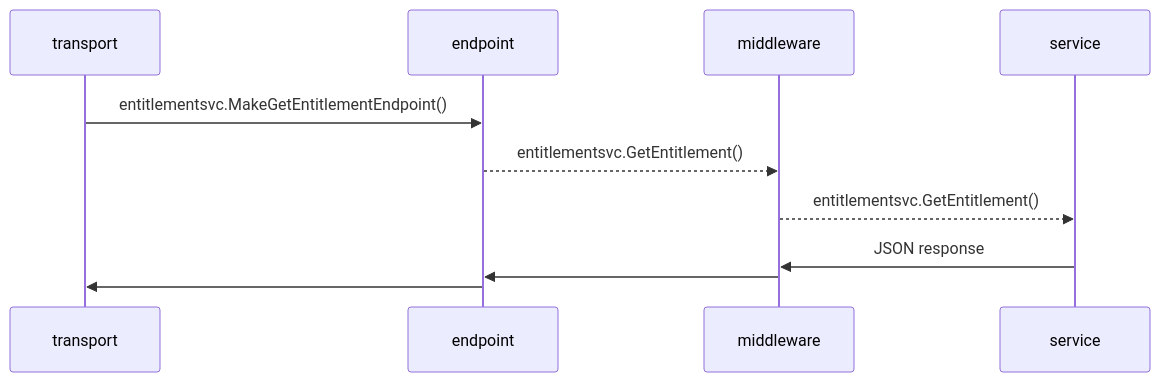
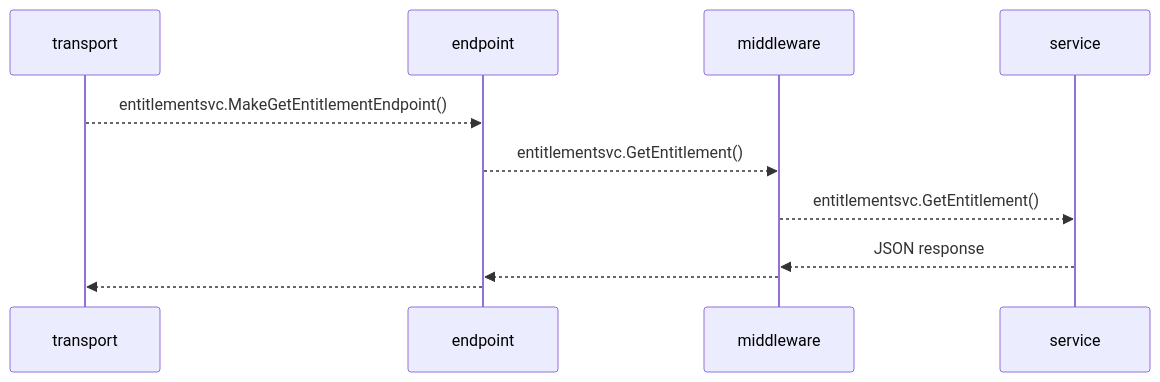
One commit to ankurkumarz/golang-gokit-service-blueprint changed the diagram in README.md. Above: the diagram before and after it, drawn with Mermaid.

````diff
--- a/README.md
+++ b/README.md
@@ -24,10 +24,10 @@
 ```mermaid
 sequenceDiagram
-    transport->>endpoint: entitlementsvc.MakeGetEntitlementEndpoint()
+    transport-->>endpoint: entitlementsvc.MakeGetEntitlementEndpoint()
     endpoint-->>middleware: entitlementsvc.GetEntitlement()
     middleware-->>service: entitlementsvc.GetEntitlement()
 
-    service->>middleware: JSON response
-    middleware->>endpoint:
-    endpoint->>transport:
+    service-->>middleware: JSON response
+    middleware-->>endpoint:
+    endpoint-->>transport:
 ```
````
